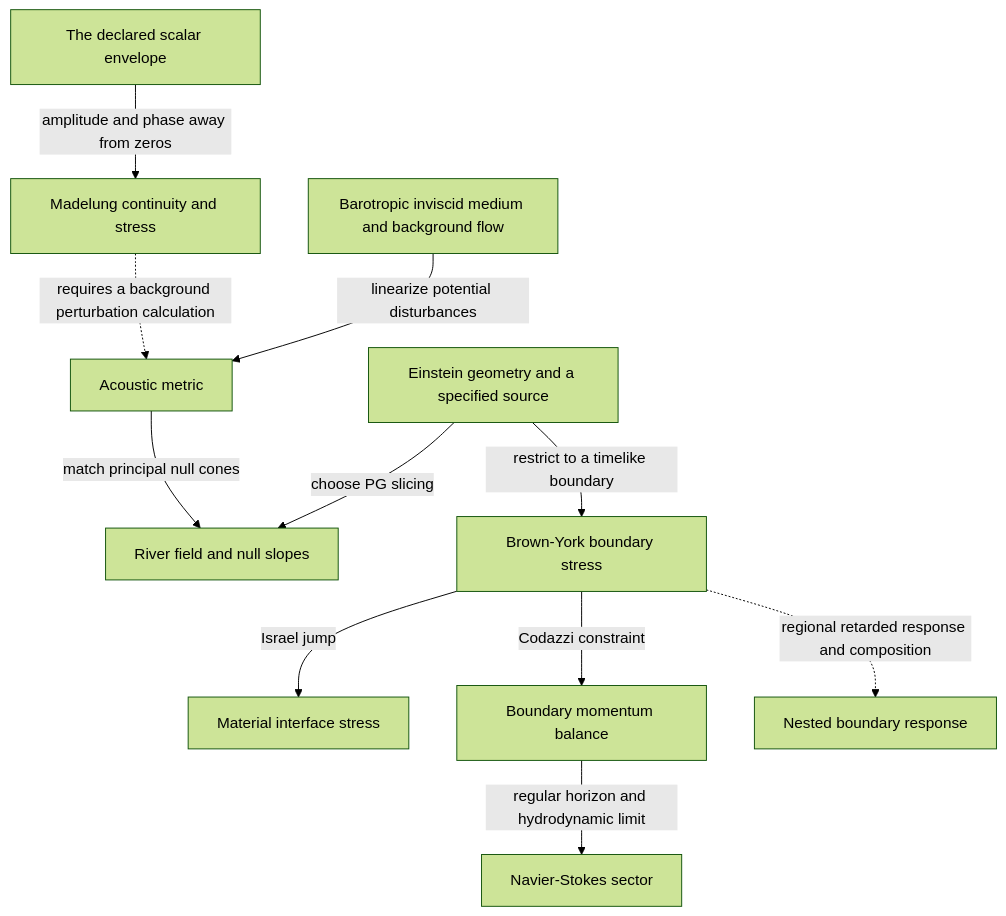
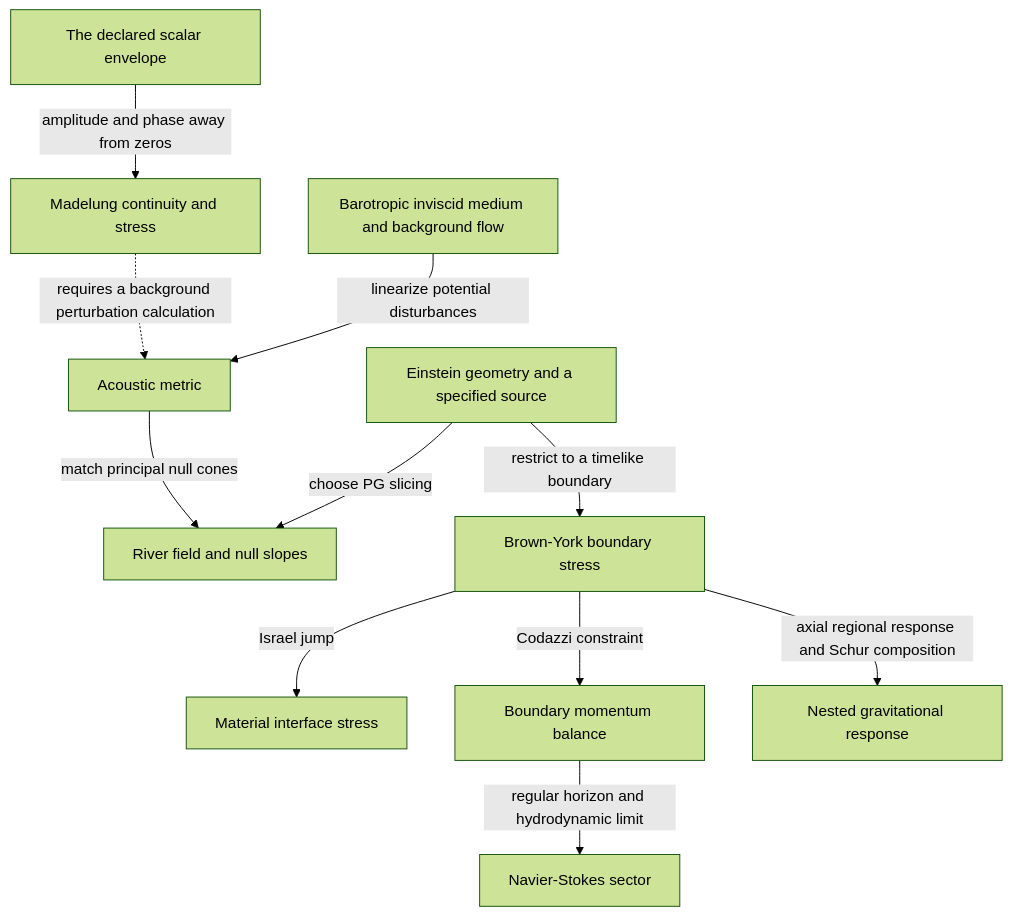
One commit to kodareken/nested-space-cosmology changed the diagram in docs/nsc-atlas-flow-dictionary.md. Above: the diagram before and after it, drawn with Mermaid (forest theme). The commit also changed other lines of this file and 24 other files, not shown here.

Commit message:
Connect sourced nested geometry to a physical gravitational Schur response

````diff
--- a/docs/nsc-atlas-flow-dictionary.md
+++ b/docs/nsc-atlas-flow-dictionary.md
@@ -34,13 +35,13 @@
 ```mermaid
 flowchart TD
     E[Einstein geometry and a specified source] -->|choose PG slicing| R[River field and null slopes]
     E -->|restrict to a timelike boundary| B[Brown-York boundary stress]
     B -->|Israel jump| J[Material interface stress]
     B -->|Codazzi constraint| C[Boundary momentum balance]
     C -->|regular horizon and hydrodynamic limit| N[Navier-Stokes sector]
     F[Barotropic inviscid medium and background flow] -->|linearize potential disturbances| A[Acoustic metric]
     A -->|match principal null cones| R
     S[The declared scalar envelope] -->|amplitude and phase away from zeros| M[Madelung continuity and stress]
     M -.->|requires a background perturbation calculation| A
-    B -.->|regional retarded response and composition| Q[Nested boundary response]
+    B -->|axial regional response and Schur composition| Q[Nested gravitational response]
 ```
````
